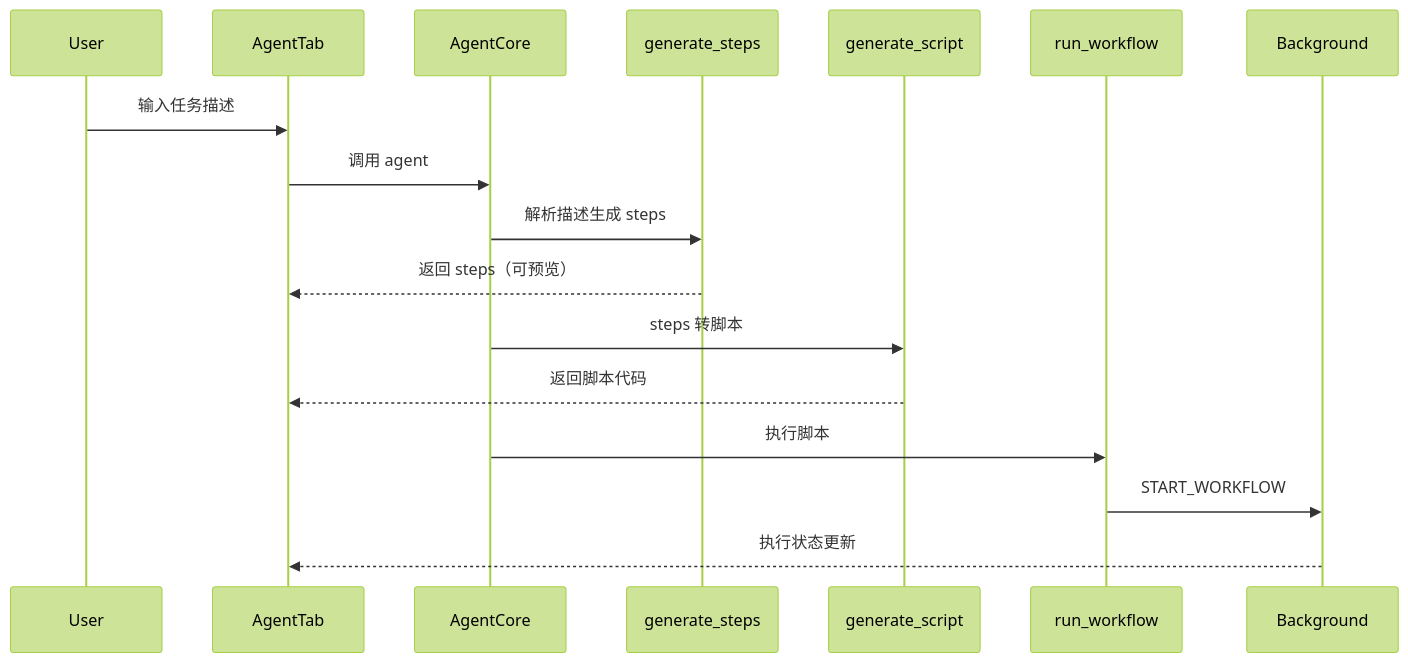
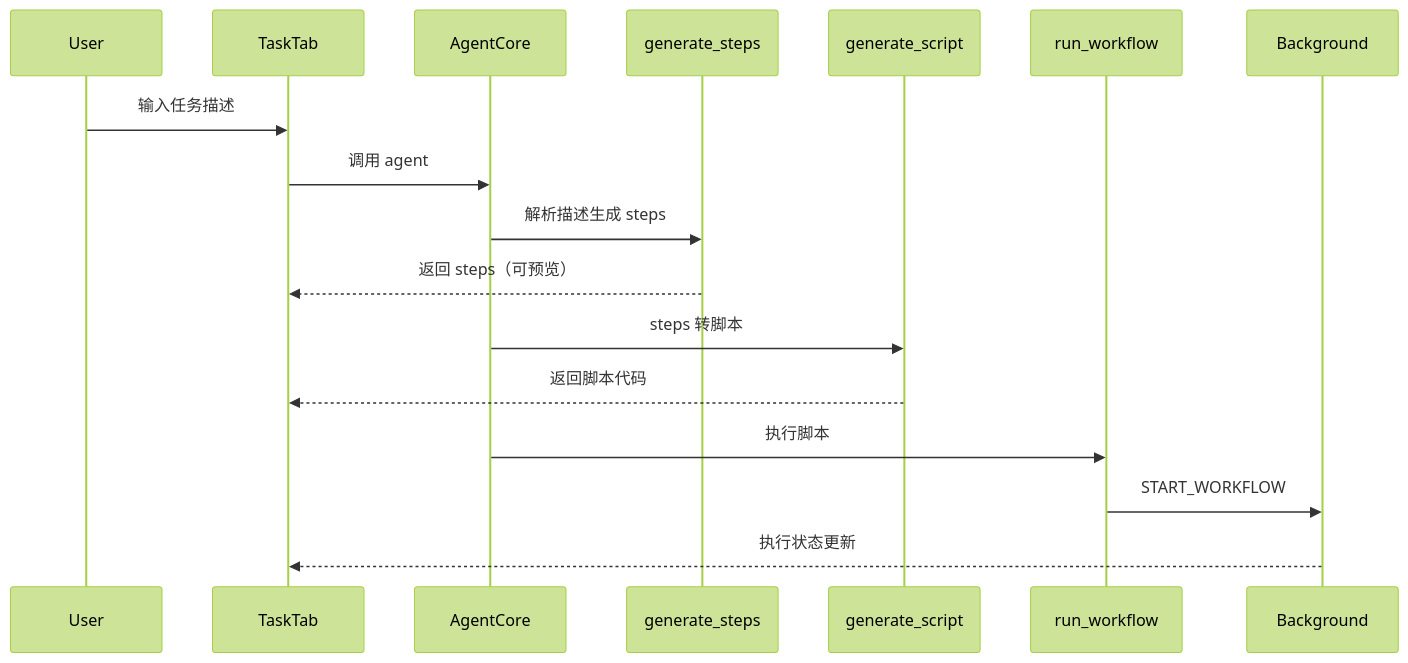
Before and after one commit to QAQmmttyyy/PilotChromeExt: the second of 2 diagrams in .cursor/plans/agent_tab_重构计划_29b1a90e.plan.md, drawn with Mermaid (forest theme). The commit also changed other lines of this file and 18 other files, not shown here.

First line of the commit message:
refactor(task): extract AgentTab to task module with UI improvements

````diff
--- a/.cursor/plans/agent_tab_重构计划_29b1a90e.plan.md
+++ b/.cursor/plans/agent_tab_重构计划_29b1a90e.plan.md
@@ -116,20 +116,20 @@
 ```mermaid
 sequenceDiagram
     participant User
-    participant AgentTab
+    participant TaskTab
     participant AgentCore
     participant Tool_Steps as generate_steps
     participant Tool_Script as generate_script
     participant Tool_Run as run_workflow
     participant Background
     
-    User->>AgentTab: 输入任务描述
-    AgentTab->>AgentCore: 调用 agent
+    User->>TaskTab: 输入任务描述
+    TaskTab->>AgentCore: 调用 agent
     AgentCore->>Tool_Steps: 解析描述生成 steps
-    Tool_Steps-->>AgentTab: 返回 steps（可预览）
+    Tool_Steps-->>TaskTab: 返回 steps（可预览）
     AgentCore->>Tool_Script: steps 转脚本
-    Tool_Script-->>AgentTab: 返回脚本代码
+    Tool_Script-->>TaskTab: 返回脚本代码
     AgentCore->>Tool_Run: 执行脚本
     Tool_Run->>Background: START_WORKFLOW
-    Background-->>AgentTab: 执行状态更新
+    Background-->>TaskTab: 执行状态更新
 ```
````
